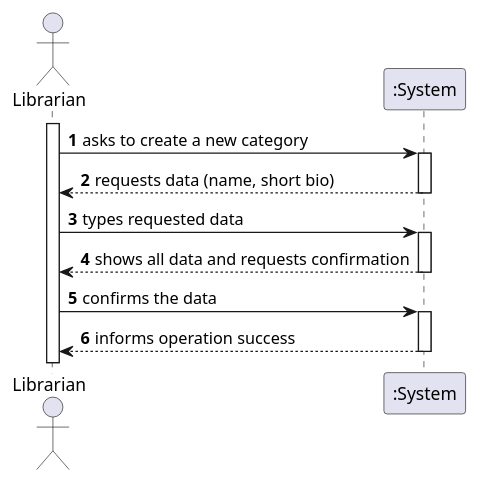
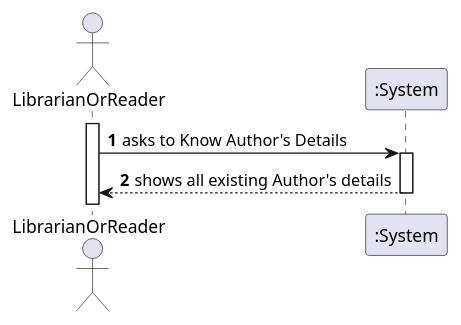
The diagram in Docs/Phase1/WP1A-Authors/Ph1-5-KnowAuthor'sDetail/SSD.puml (rutemf/1220944_1220772_G01), drawn with PlantUML before and after one commit. The commit also changed 14 other files, not shown here.

```diff
--- a/Docs/Phase1/WP1A-Authors/Ph1-5-KnowAuthor'sDetail/SSD.puml
+++ b/Docs/Phase1/WP1A-Authors/Ph1-5-KnowAuthor'sDetail/SSD.puml
@@ -1,20 +1,15 @@
 @startuml
 'https://plantuml.com/sequence-diagram
 
 autoactivate on
 autonumber
 
-actor "Librarian" as Librarian
+actor "LibrarianOrReader" as LibrarianOrReader
 participant ":System" as System
 
-activate Librarian
+activate LibrarianOrReader
 
-Librarian -> System: asks to create a new category
-System --> Librarian: requests data (name, short bio)
+LibrarianOrReader -> System: asks to Know Author's Details
+System --> LibrarianOrReader: shows all existing Author's details
 
-Librarian -> System: types requested data
-System --> Librarian: shows all data and requests confirmation
-
-Librarian -> System: confirms the data
-System --> Librarian: informs operation success
 @enduml
```
